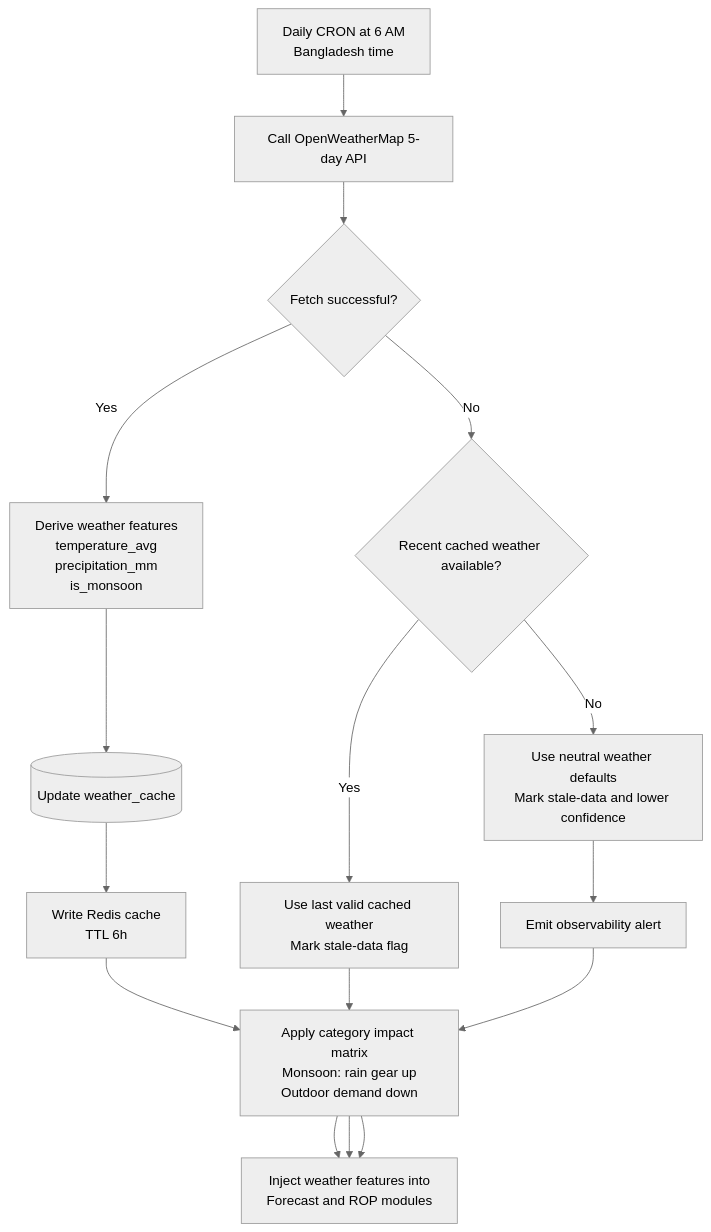
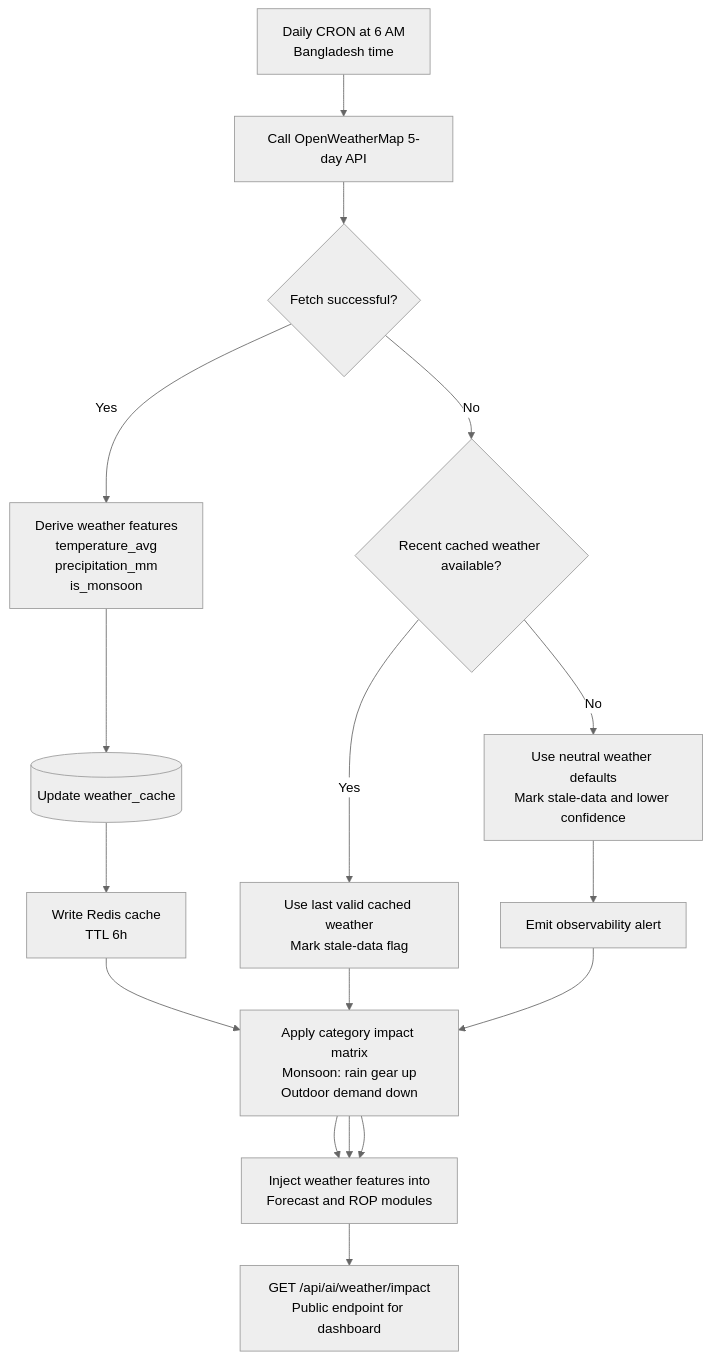
Before and after one commit to SagarBiswas-MultiHAT/PRISM-Commerce: the diagram in assets/Diagrams/E). AI & ML Pipeline/32-weather-aware-demand-signal-pipeline-and-feature-injection.mmd, drawn with Mermaid (neutral theme). The commit also changed 19 other files, not shown here.

Commit message:
docs: add comprehensive system architecture, database schema, and AI pipeline diagrams to project documentation

```diff
--- a/assets/Diagrams/E). AI & ML Pipeline/32-weather-aware-demand-signal-pipeline-and-feature-injection.mmd
+++ b/assets/Diagrams/E). AI & ML Pipeline/32-weather-aware-demand-signal-pipeline-and-feature-injection.mmd
@@ -1,25 +1,27 @@
 flowchart TB
   %% Diagram 32: Weather-Aware Demand Signal Pipeline and Feature Injection
 
   Cron[Daily CRON at 6 AM\nBangladesh time]
   Fetch[Call OpenWeatherMap 5-day API]
   FetchOK{Fetch successful?}
 
   Derive[Derive weather features\ntemperature_avg\nprecipitation_mm\nis_monsoon]
   Persist[(Update weather_cache)]
   Cache[Write Redis cache\nTTL 6h]
 
   ImpactMatrix[Apply category impact matrix\nMonsoon: rain gear up\nOutdoor demand down]
   Inject[Inject weather features into\nForecast and ROP modules]
+  WeatherAPI[GET /api/ai/weather/impact\nPublic endpoint for dashboard]
 
   UseStale{Recent cached weather available?}
   FallbackCache[Use last valid cached weather\nMark stale-data flag]
   Degrade[Use neutral weather defaults\nMark stale-data and lower confidence]
   Alert[Emit observability alert]
 
   Cron --> Fetch --> FetchOK
   FetchOK -- Yes --> Derive --> Persist --> Cache --> ImpactMatrix --> Inject
+  Inject --> WeatherAPI
 
   FetchOK -- No --> UseStale
   UseStale -- Yes --> FallbackCache --> ImpactMatrix --> Inject
   UseStale -- No --> Degrade --> Alert --> ImpactMatrix --> Inject
```
